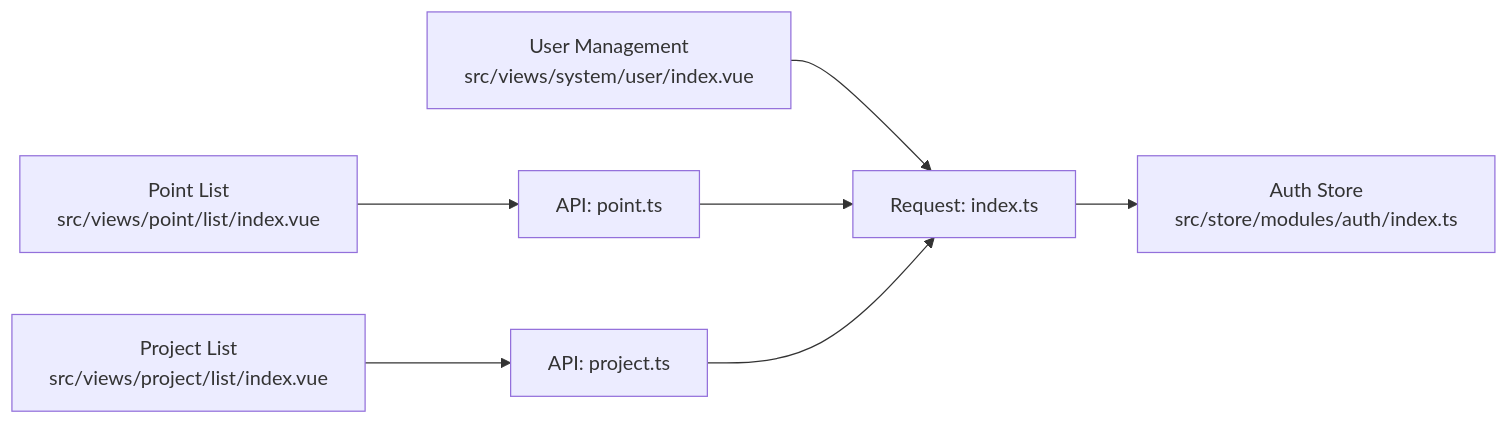
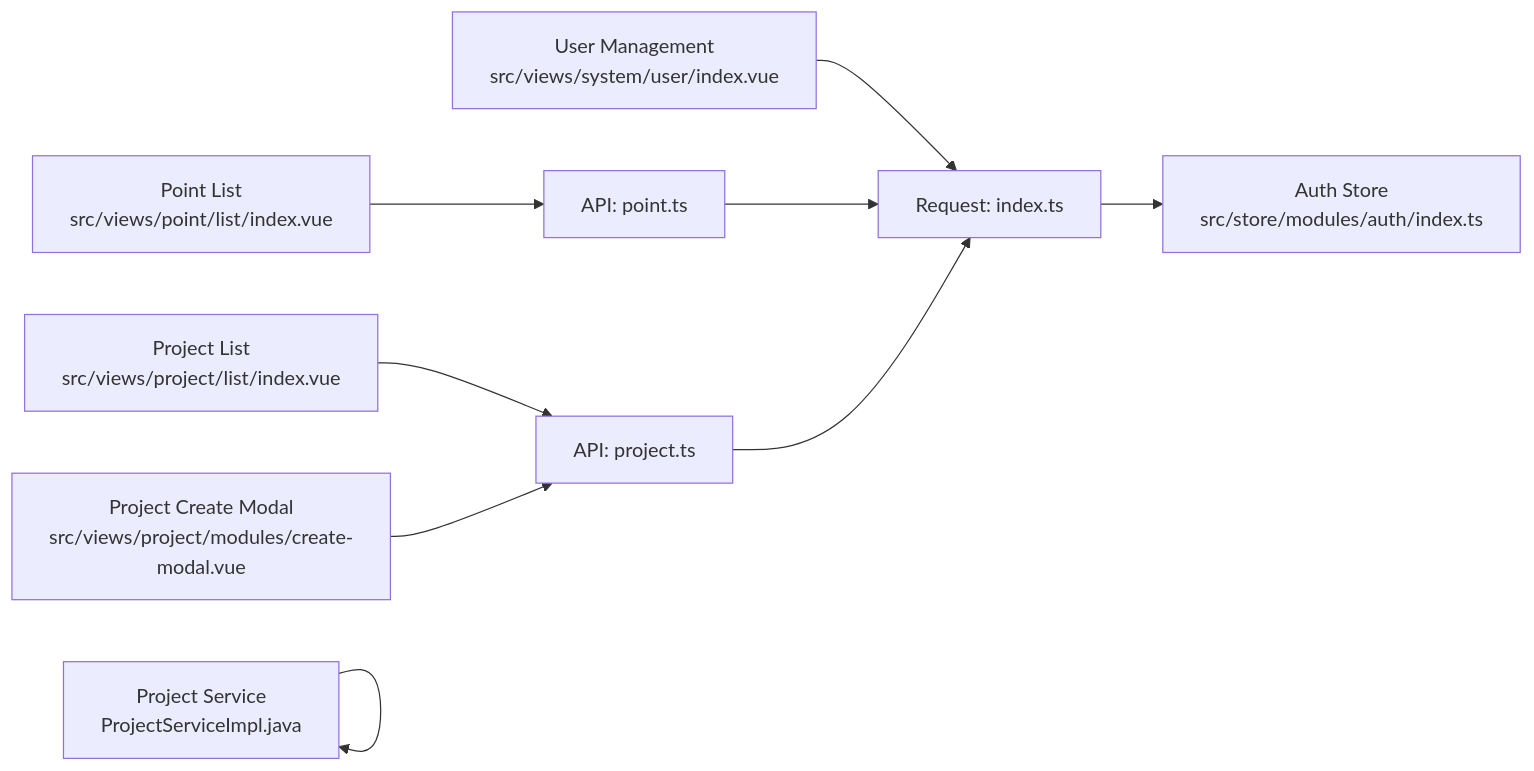
The eighth of 8 diagrams in .qoder/repowiki/en/content/Desktop Admin Interface/Desktop Admin Interface.md (bo961386926/Survey-App), drawn with Mermaid before and after one commit. The commit also changed other lines of this file and 7 other files, not shown here.

````diff
--- a/.qoder/repowiki/en/content/Desktop Admin Interface/Desktop Admin Interface.md
+++ b/.qoder/repowiki/en/content/Desktop Admin Interface/Desktop Admin Interface.md
@@ -355,9 +454,11 @@
 ```mermaid
 graph LR
 Points["Point List<br/>src/views/point/list/index.vue"] --> APIPoint["API: point.ts"]
 Projects["Project List<br/>src/views/project/list/index.vue"] --> APIProj["API: project.ts"]
 Users["User Management<br/>src/views/system/user/index.vue"] --> Request["Request: index.ts"]
+CreateModal["Project Create Modal<br/>src/views/project/modules/create-modal.vue"] --> APIProj
 APIPoint --> Request
 APIProj --> Request
 Request --> Auth["Auth Store<br/>src/store/modules/auth/index.ts"]
+ProjService["Project Service<br/>ProjectServiceImpl.java"] --> ProjService
 ```
````
